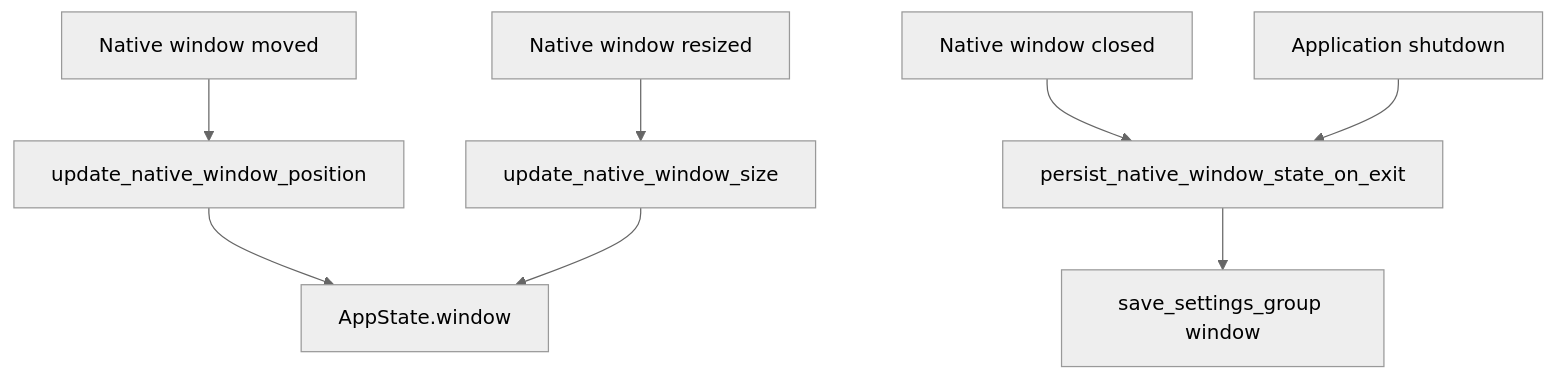
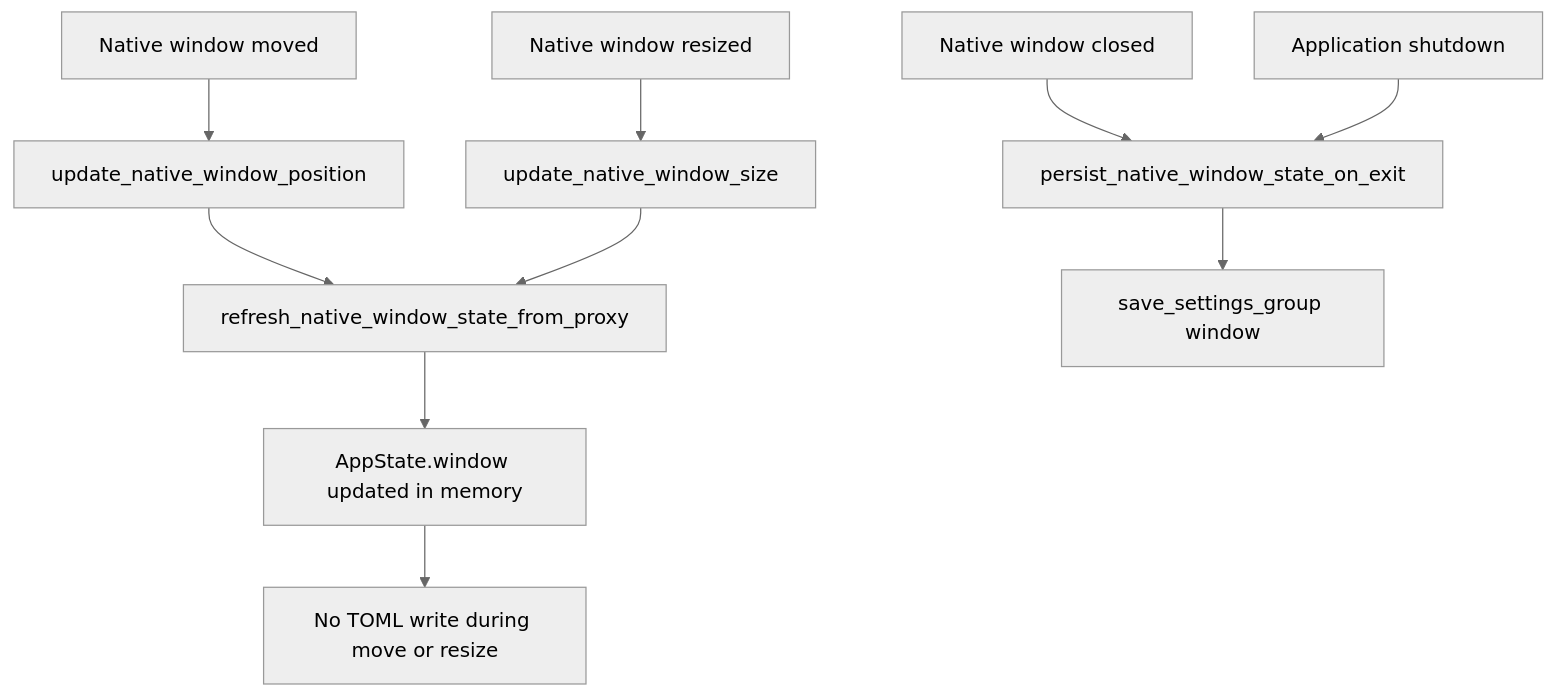
Before and after one commit to Fonze81/NiceGui-Windows-Base: the second of 2 diagrams in docs/native_window_persistence.md, drawn with Mermaid (neutral theme). The commit also changed other lines of this file and 17 other files, not shown here.

````diff
--- a/docs/native_window_persistence.md
+++ b/docs/native_window_persistence.md
@@ -105,10 +109,12 @@
 ```mermaid
 flowchart TD
     A[Native window moved] --> B[update_native_window_position]
     C[Native window resized] --> D[update_native_window_size]
-    B --> E[AppState.window]
+    B --> E[refresh_native_window_state_from_proxy]
     D --> E
-    F[Native window closed] --> G[persist_native_window_state_on_exit]
-    H[Application shutdown] --> G
-    G --> I[save_settings_group window]
+    E --> F[AppState.window updated in memory]
+    F --> G[No TOML write during move or resize]
+    H[Native window closed] --> I[persist_native_window_state_on_exit]
+    J[Application shutdown] --> I
+    I --> K[save_settings_group window]
 ```
````
